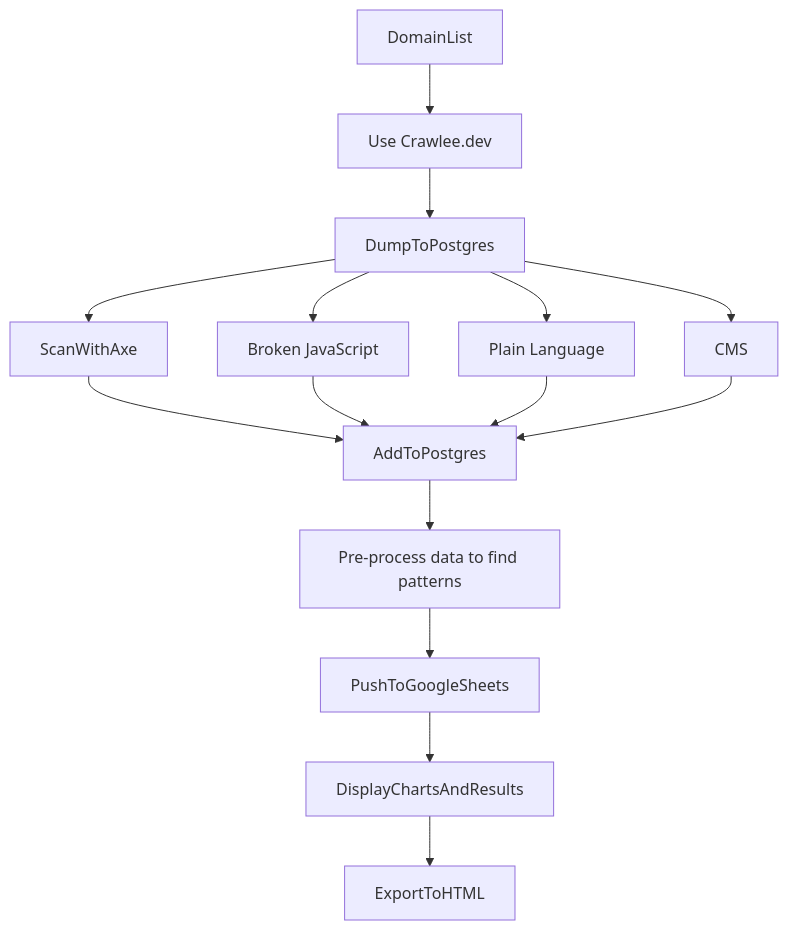
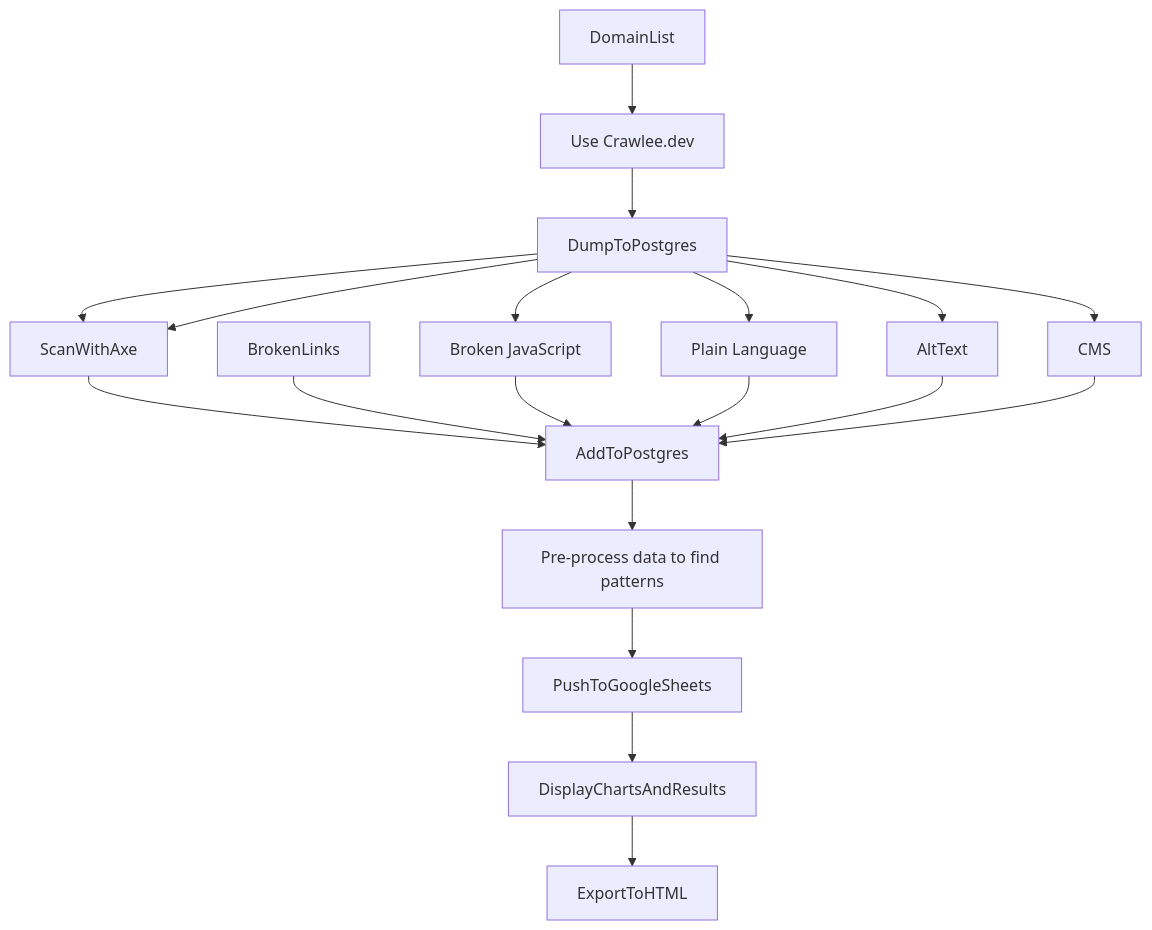
The first of 2 diagrams in a11y-data-crawls.md (mgifford/mermaid-graphs), drawn with Mermaid before and after one commit.

Commit message:
Add alt text

````diff
--- a/a11y-data-crawls.md
+++ b/a11y-data-crawls.md
@@ -5,17 +5,21 @@
 ```mermaid
 graph TD
     DomainList-->Crawl4URLs;
     Crawl4URLs[Use Crawlee.dev]-->DumpToPostgres;
     DumpToPostgres-->ScanWithAxe;
     DumpToPostgres-->ScanWithPlainLanguage[Plain Language];
-    DumpToPostgres--> Wappalyzer[CMS];
-    DumpToPostgres--> BrokenJavaScript[Broken JavaScript];
+    DumpToPostgres-->Wappalyzer[CMS];
+    DumpToPostgres-->BrokenJavaScript[Broken JavaScript];
+    DumpToPostgres-->ScanWithAxe;
+    DumpToPostgres-->AltText;
     ScanWithAxe-->AddToPostgres;
+    BrokenLinks-->AddToPostgres;
     BrokenJavaScript-->AddToPostgres;
     ScanWithPlainLanguage-->AddToPostgres;
+    AltText-->AddToPostgres;
     Wappalyzer-->AddToPostgres;
     AddToPostgres-->AggregateData["Pre-process data to find patterns"]
     AggregateData-->PushToGoogleSheets;
     PushToGoogleSheets-->DisplayChartsAndResults;
     DisplayChartsAndResults-->ExportToHTML;
 ```
````
